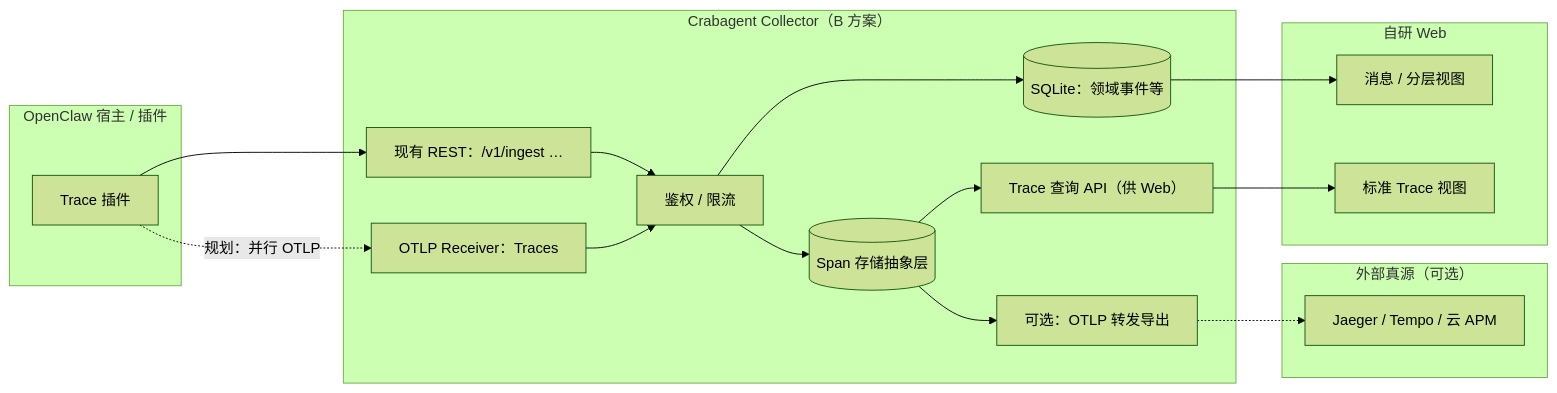
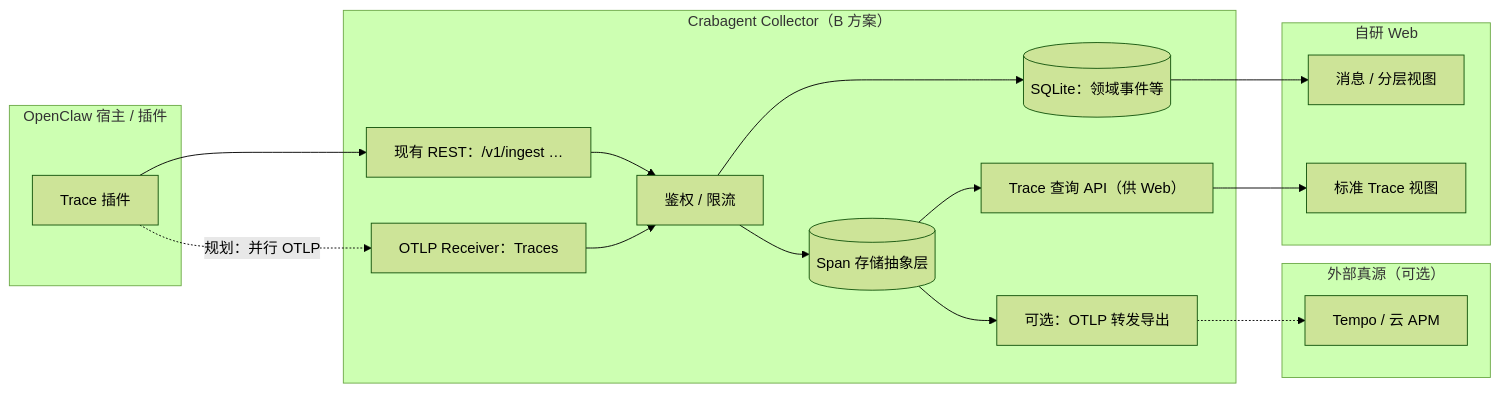
One commit to crabagenthub/crabagent changed the diagram in docs/opentelemetry-otlp-design.md. Above: the diagram before and after it, drawn with Mermaid (forest theme). The commit also changed other lines of this file and 47 other files, not shown here.

````diff
--- a/docs/opentelemetry-otlp-design.md
+++ b/docs/opentelemetry-otlp-design.md
@@ -69,38 +69,38 @@
 ```mermaid
 flowchart LR
   subgraph Host["OpenClaw 宿主 / 插件"]
     P[Trace 插件]
   end
 
   subgraph Collector["Crabagent Collector（B 方案）"]
     REST["现有 REST：/v1/ingest …"]
     OTLP["OTLP Receiver：Traces"]
     AUTH[鉴权 / 限流]
     SPAN[(Span 存储抽象层)]
     EVT[(SQLite：领域事件等)]
     API["Trace 查询 API（供 Web）"]
     FWD["可选：OTLP 转发导出"]
 
     REST --> AUTH
     OTLP --> AUTH
     AUTH --> EVT
     AUTH --> SPAN
     SPAN --> API
     SPAN --> FWD
   end
 
   subgraph External["外部真源（可选）"]
-    J[Jaeger / Tempo / 云 APM]
+    J[Tempo / 云 APM]
   end
 
   subgraph Web["自研 Web"]
     UI1[消息 / 分层视图]
     UI2[标准 Trace 视图]
   end
 
   P --> REST
   P -.->|规划：并行 OTLP| OTLP
   FWD -.-> J
   API --> UI2
   EVT --> UI1
 ```
````
